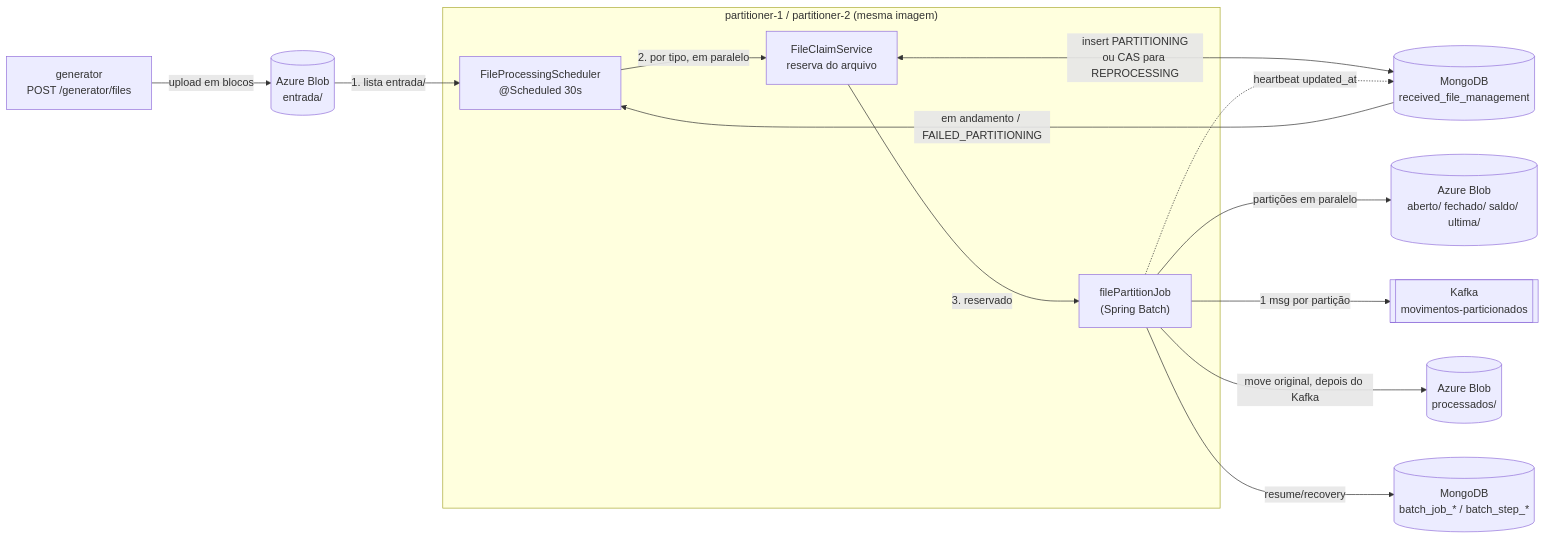
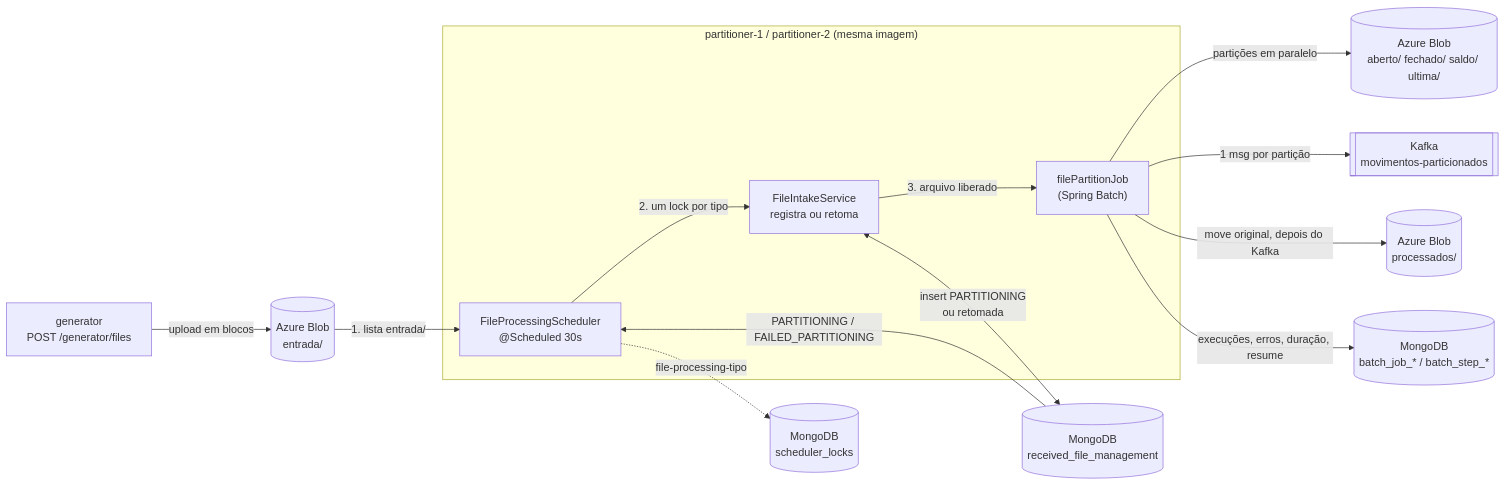
One commit to AlexandreSouzaRocha/poc-spring-batch-scheduled-lock changed the first of 2 diagrams in docs/ARCHITECTURE.md. Above: the diagram before and after it, drawn with Mermaid. The commit also changed other lines of this file and 3 other files, not shown here.

Commit message:
Documenta o lock por tipo, a retomada e a execucao no JobRepository

````diff
--- a/docs/ARCHITECTURE.md
+++ b/docs/ARCHITECTURE.md
@@ -5,21 +5,21 @@
 ```mermaid
 flowchart LR
     GEN["generator<br/>POST /generator/files"] -->|upload em blocos| IN[("Azure Blob<br/>entrada/")]
 
     subgraph PART["partitioner-1 / partitioner-2 (mesma imagem)"]
         CYCLE["FileProcessingScheduler<br/>@Scheduled 30s"]
-        CLAIM["FileClaimService<br/>reserva do arquivo"]
+        INTAKE["FileIntakeService<br/>registra ou retoma"]
         JOB["filePartitionJob<br/>(Spring Batch)"]
-        CYCLE -->|2. por tipo, em paralelo| CLAIM
-        CLAIM -->|3. reservado| JOB
+        CYCLE -->|2. um lock por tipo| INTAKE
+        INTAKE -->|3. arquivo liberado| JOB
     end
 
     IN -->|1. lista entrada/| CYCLE
-    CLAIM <-->|insert PARTITIONING<br/>ou CAS para REPROCESSING| RFM[("MongoDB<br/>received_file_management")]
-    RFM -->|em andamento / FAILED_PARTITIONING| CYCLE
-    JOB -.->|heartbeat updated_at| RFM
+    CYCLE -.->|file-processing-tipo| LOCK[("MongoDB<br/>scheduler_locks")]
+    INTAKE <-->|insert PARTITIONING<br/>ou retomada| RFM[("MongoDB<br/>received_file_management")]
+    RFM -->|PARTITIONING / FAILED_PARTITIONING| CYCLE
     JOB -->|partições em paralelo| OUT[("Azure Blob<br/>aberto/ fechado/ saldo/ ultima/")]
     JOB -->|1 msg por partição| KAFKA[["Kafka<br/>movimentos-particionados"]]
     JOB -->|move original, depois do Kafka| PROC[("Azure Blob<br/>processados/")]
-    JOB -->|resume/recovery| JR[("MongoDB<br/>batch_job_* / batch_step_*")]
+    JOB -->|execuções, erros, duração, resume| JR[("MongoDB<br/>batch_job_* / batch_step_*")]
 ```
````
